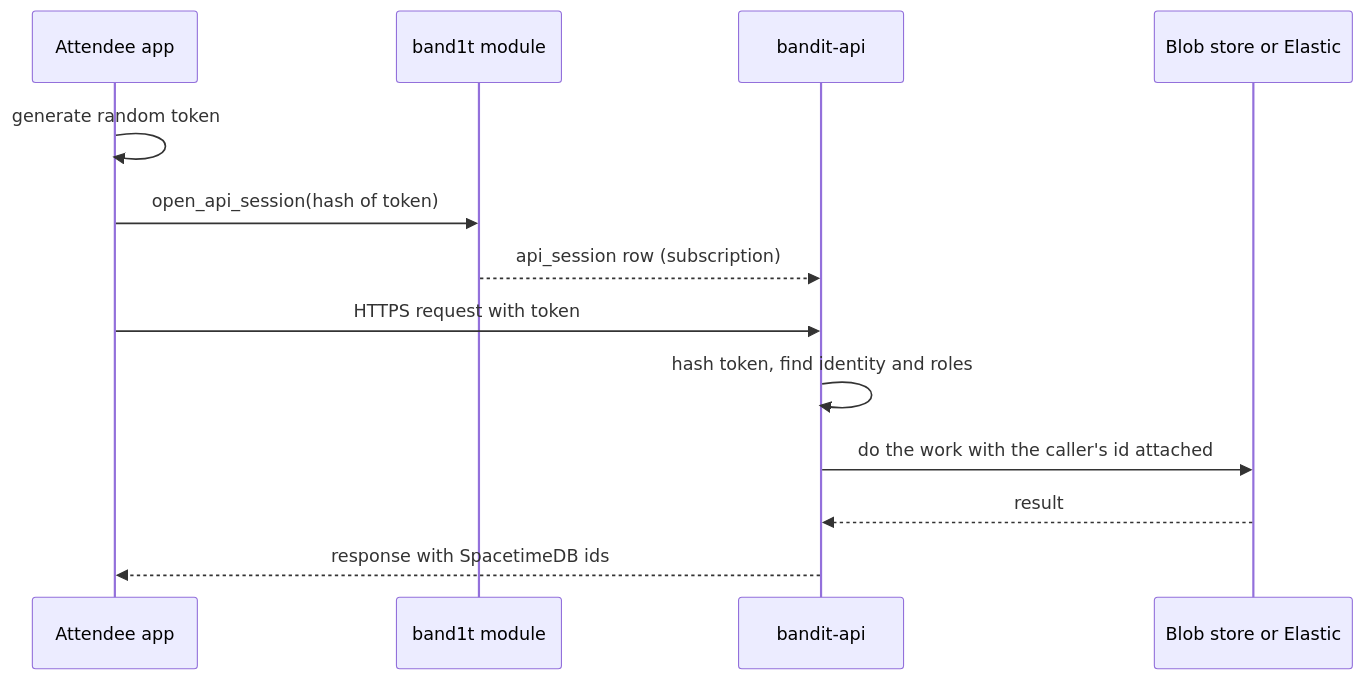
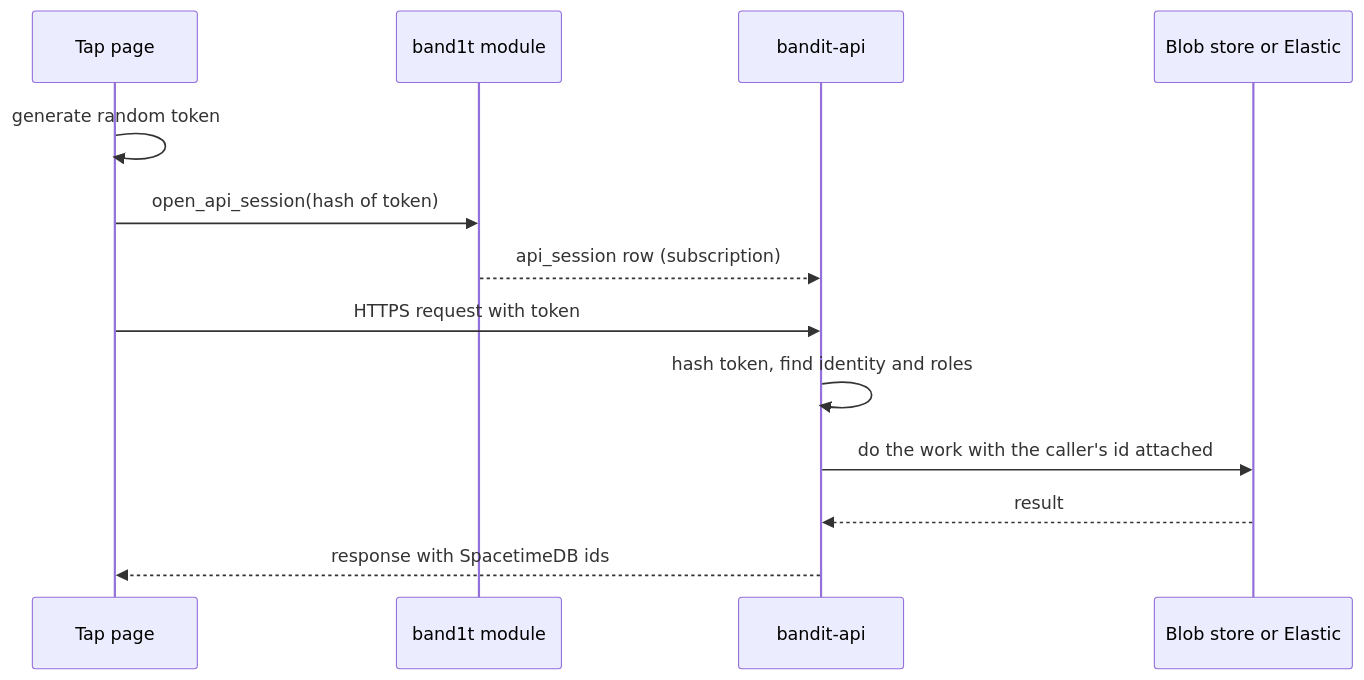
The third of 4 diagrams in System Design/3-services/Rust-Backend.md (viktorinkov/cal-hacks-13), drawn with Mermaid before and after one commit. The commit also changed other lines of this file and 26 other files, not shown here.

````diff
--- a/System Design/3-services/Rust-Backend.md
+++ b/System Design/3-services/Rust-Backend.md
@@ -140,15 +141,15 @@
 ```mermaid
 sequenceDiagram
-  participant A as Attendee app
+  participant A as Tap page
   participant M as band1t module
   participant API as bandit-api
   participant X as Blob store or Elastic
   A->>A: generate random token
   A->>M: open_api_session(hash of token)
   M-->>API: api_session row (subscription)
   A->>API: HTTPS request with token
   API->>API: hash token, find identity and roles
   API->>X: do the work with the caller's id attached
   X-->>API: result
   API-->>A: response with SpacetimeDB ids
 ```
````
